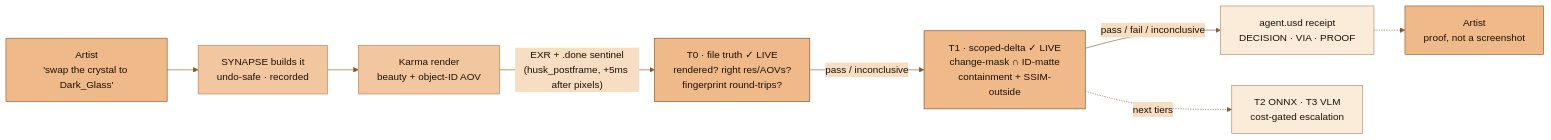
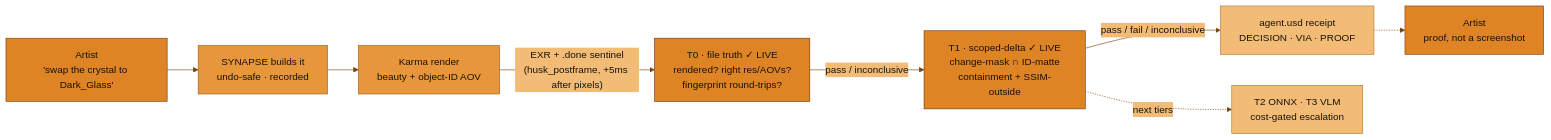
The second of 7 diagrams in README.md (JosephOIbrahim/Synapse), drawn with Mermaid before and after one commit. The commit also changed other lines of this file, not shown here.

Commit message:
docs(readme): deepen the mermaid orange — darker, more saturated

````diff
--- a/README.md
+++ b/README.md
@@ -98,15 +98,15 @@
 ```mermaid
-%%{init: {'theme':'base', 'themeVariables': {'primaryColor':'#F2C7A0','primaryTextColor':'#1A1208','primaryBorderColor':'#C77B3F','lineColor':'#8A5A2B','secondaryColor':'#F7DDC2','tertiaryColor':'#FBEBD9','edgeLabelBackground':'#F7DDC2','clusterBkg':'#FBEBD9','clusterBorder':'#C77B3F'}}}%%
+%%{init: {'theme':'base', 'themeVariables': {'primaryColor':'#E8963B','primaryTextColor':'#1A1208','primaryBorderColor':'#9C5A10','lineColor':'#7A4310','secondaryColor':'#EEA958','tertiaryColor':'#F2BC77','edgeLabelBackground':'#F2BC77','clusterBkg':'#F2BC77','clusterBorder':'#9C5A10'}}}%%
 flowchart LR
     ASK["Artist<br/>'swap the crystal to Dark_Glass'"]:::artist --> BUILD["SYNAPSE builds it<br/>undo-safe · recorded"]:::panel
     BUILD --> RENDER["Karma render<br/>beauty + object-ID AOV"]:::panel
     RENDER -->|"EXR + .done sentinel<br/>(husk_postframe, +5ms after pixels)"| T0["T0 · file truth ✓ LIVE<br/>rendered? right res/AOVs?<br/>fingerprint round-trips?"]:::hou
     T0 -->|"pass / inconclusive"| T1["T1 · scoped-delta ✓ LIVE<br/>change-mask ∩ ID-matte<br/>containment + SSIM-outside"]:::hou
     T1 -->|"pass / fail / inconclusive"| REC["agent.usd receipt<br/>DECISION · VIA · PROOF"]:::side
     T1 -.next tiers.-> LADDER["T2 ONNX · T3 VLM<br/>cost-gated escalation"]:::side
     REC -.-> ART2["Artist<br/>proof, not a screenshot"]:::artist
-    classDef artist fill:#EFB98A,stroke:#8A5A2B,color:#1A1208
-    classDef panel fill:#F2C7A0,stroke:#C77B3F,color:#1A1208
-    classDef hou fill:#EFB98A,stroke:#7A4A1F,color:#1A1208
-    classDef side fill:#FBEBD9,stroke:#B08968,color:#1A1208
+    classDef artist fill:#DE8425,stroke:#7A4310,color:#1A1208
+    classDef panel fill:#E8963B,stroke:#9C5A10,color:#1A1208
+    classDef hou fill:#DE8425,stroke:#6B3A0C,color:#1A1208
+    classDef side fill:#F2BC77,stroke:#B37A33,color:#1A1208
 ```
````
